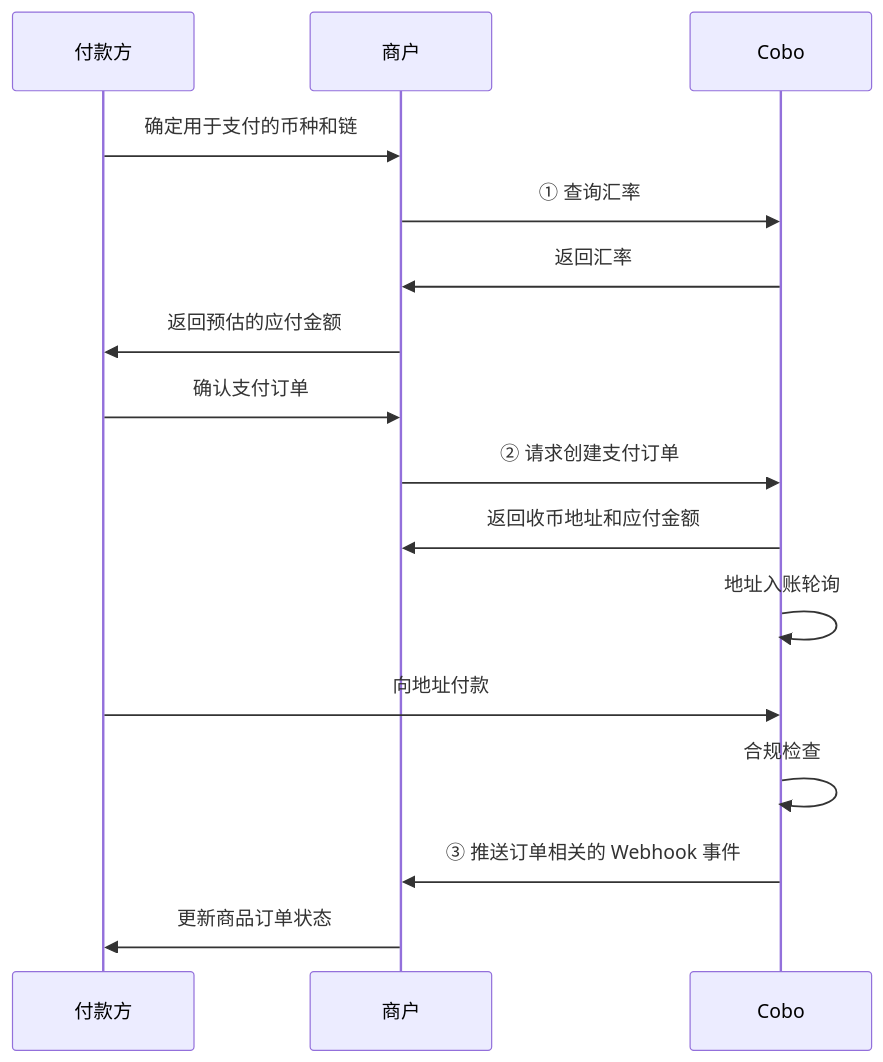
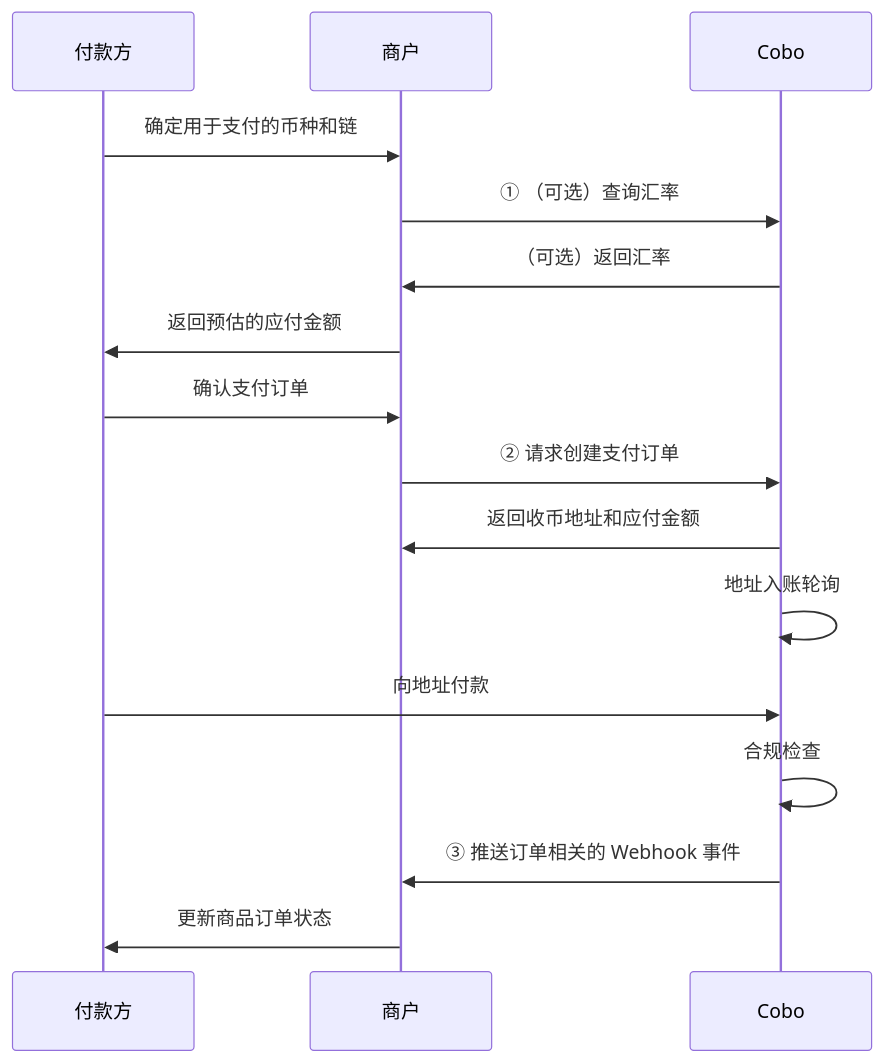
One commit to rcsh1/developer-site changed the first of 2 diagrams in v2_cn/payments/create-orders.mdx. Above: the diagram before and after it, drawn with Mermaid. The commit also changed other lines of this file and 29 other files, not shown here.

````diff
--- a/v2_cn/payments/create-orders.mdx
+++ b/v2_cn/payments/create-orders.mdx
@@ -19,18 +35,18 @@
 ```mermaid
 sequenceDiagram
     participant 付款方
     participant 商户
     participant Cobo
     付款方 ->> 商户: 确定用于支付的币种和链
-    商户 ->> Cobo: ① 查询汇率
-    Cobo ->> 商户: 返回汇率
+    商户 ->> Cobo: ① （可选）查询汇率
+    Cobo ->> 商户: （可选）返回汇率
     商户 ->> 付款方: 返回预估的应付金额
     付款方 ->> 商户: 确认支付订单
     商户 ->> Cobo: ② 请求创建支付订单
     Cobo ->> 商户: 返回收币地址和应付金额
     Cobo ->> Cobo: 地址入账轮询
     付款方 ->> Cobo: 向地址付款
     Cobo ->> Cobo: 合规检查
     Cobo ->> 商户: ③ 推送订单相关的 Webhook 事件
     商户 ->> 付款方: 更新商品订单状态
 ```
````
